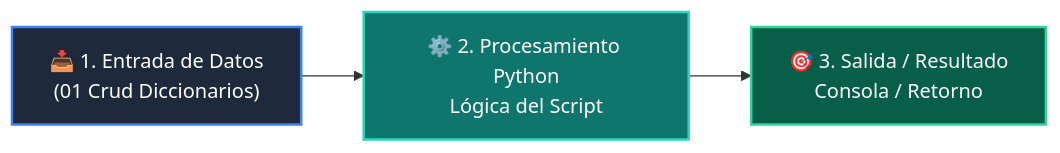
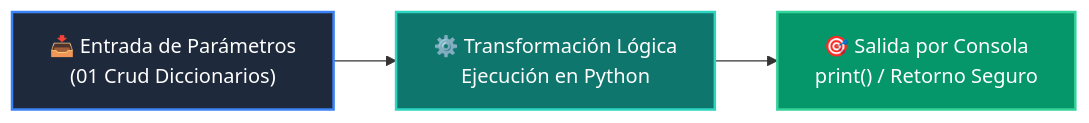
One commit to wisrovi/wisrovi-python changed the diagram in 01-fundamentos-python/clase-06-diccionarios/ejemplos/ejemplo_01_crud_diccionarios/README.md. Above: the diagram before and after it, drawn with Mermaid. The commit also changed other lines of this file and 226 other files, not shown here.

Commit message:
docs: elevate all repository READMEs to world-class mastery standard with rich pedagogical architecture, custom Mermaids, and professional styling

````diff
--- a/01-fundamentos-python/clase-06-diccionarios/ejemplos/ejemplo_01_crud_diccionarios/README.md
+++ b/01-fundamentos-python/clase-06-diccionarios/ejemplos/ejemplo_01_crud_diccionarios/README.md
@@ -12,9 +19,9 @@
 ```mermaid
 flowchart LR
-    A["📥 1. Entrada de Datos<br/>(01 Crud Diccionarios)"] --> B["⚙️ 2. Procesamiento Python<br/>Lógica del Script"]
-    B --> C["🎯 3. Salida / Resultado<br/>Consola / Retorno"]
+    A["📥 Entrada de Parámetros<br/>(01 Crud Diccionarios)"] --> B["⚙️ Transformación Lógica<br/>Ejecución en Python"]
+    B --> C["🎯 Salida por Consola<br/>print() / Retorno Seguro"]
 
-    style A fill:#1e293b,color:#fff,stroke:#3b82f6,stroke-width:2px
-    style B fill:#0f766e,color:#fff,stroke:#2dd4bf,stroke-width:2px
-    style C fill:#065f46,color:#fff,stroke:#34d399,stroke-width:2px
+    style A fill:#1e293b,color:#ffffff,stroke:#3b82f6,stroke-width:2px
+    style B fill:#0f766e,color:#ffffff,stroke:#2dd4bf,stroke-width:2px
+    style C fill:#059669,color:#ffffff,stroke:#34d399,stroke-width:2px
 ```
````
